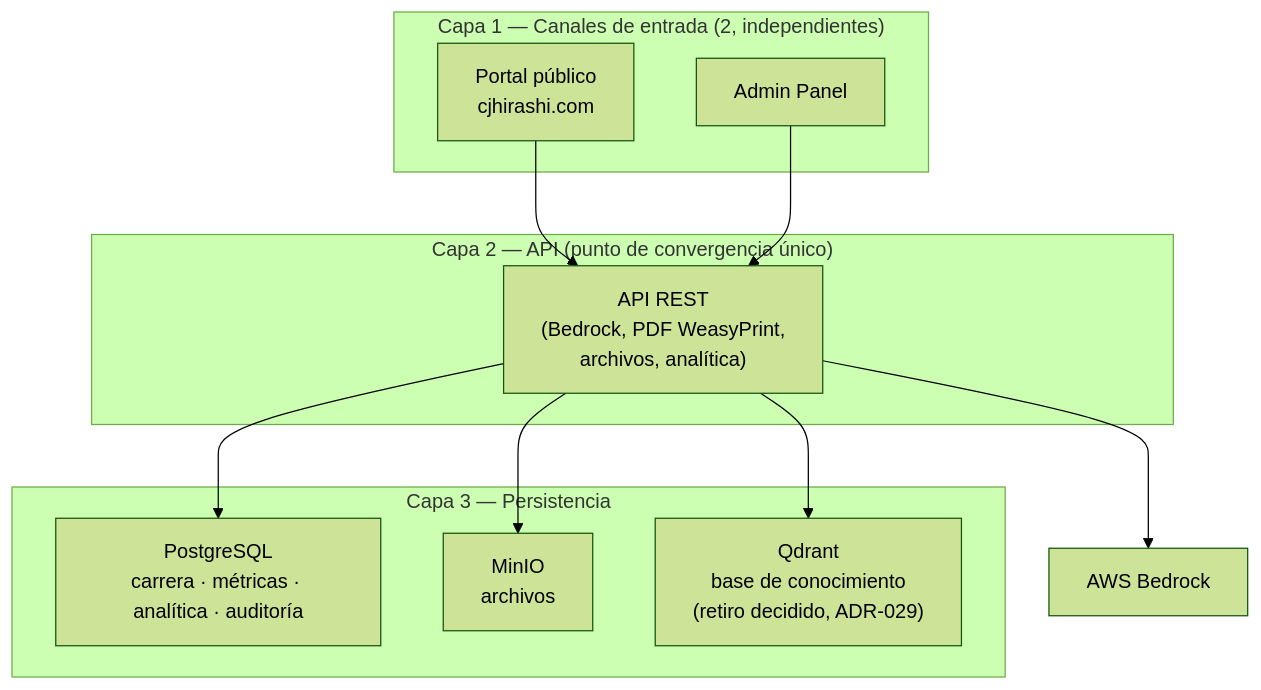
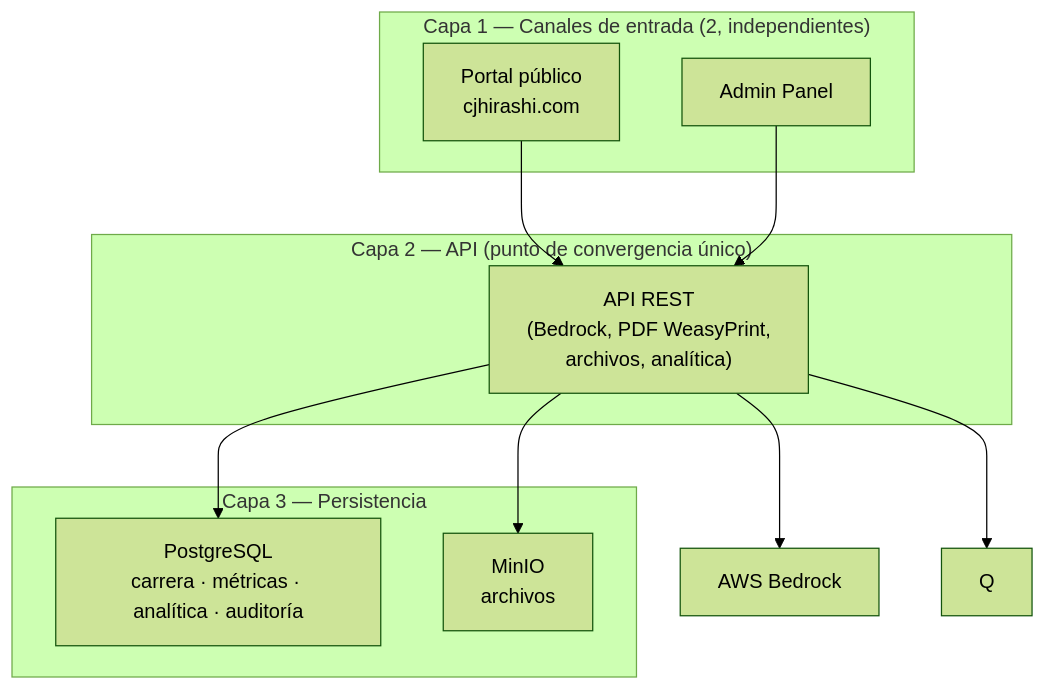
One commit to cjhirashi/cjhirashi-career changed the diagram in docs/04-SOLUTION-STRATEGY.md. Above: the diagram before and after it, drawn with Mermaid (forest theme). The commit also changed other lines of this file and 81 other files, not shown here.

Commit message:
refactor: retira Qdrant (contenedor, qdrant-client, indexado en escrituras, base de conocimiento, búsqueda semántica y memoria vectorial); docs al día

````diff
--- a/docs/04-SOLUTION-STRATEGY.md
+++ b/docs/04-SOLUTION-STRATEGY.md
@@ -67,26 +67,25 @@
 ```mermaid
 graph TB
     subgraph Capa1["Capa 1 — Canales de entrada (2, independientes)"]
         Portal["Portal público<br/>cjhirashi.com"]
         Admin["Admin Panel"]
     end
 
     subgraph Capa2["Capa 2 — API (punto de convergencia único)"]
         API["API REST<br/>(Bedrock, PDF WeasyPrint,<br/>archivos, analítica)"]
     end
 
     subgraph Capa3["Capa 3 — Persistencia"]
         DB["PostgreSQL<br/>carrera · métricas · analítica · auditoría"]
         S3["MinIO<br/>archivos"]
-        Q["Qdrant<br/>base de conocimiento<br/>(retiro decidido, ADR-029)"]
     end
 
     AWS["AWS Bedrock"]
 
     Portal --> API
     Admin --> API
     API --> DB
     API --> S3
     API --> Q
     API --> AWS
 ```
````
